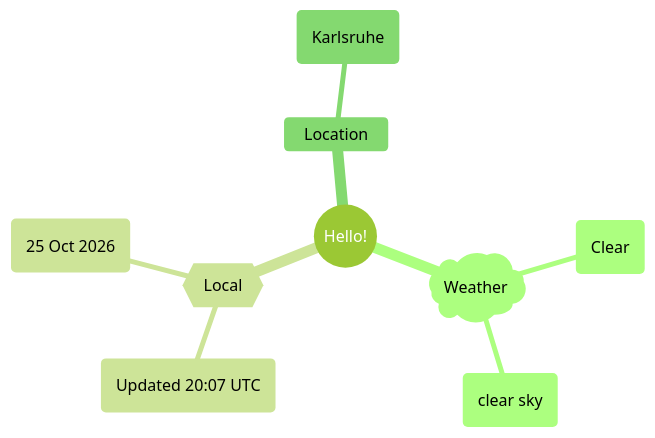
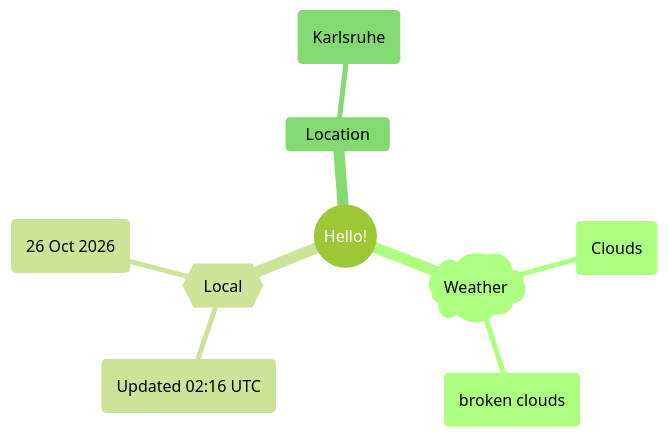
The first of 2 diagrams in README.md (Xosrov/Xosrov), drawn with Mermaid (forest theme) before and after one commit.

Commit message:
[bot] updated images

````diff
--- a/README.md
+++ b/README.md
@@ -3,12 +3,12 @@
 ```mermaid
 mindmap
   root((Hello!))
     )Weather(
-        (Clear)
-        (clear sky)
+        (Clouds)
+        (broken clouds)
     {{Local}}
-        (Updated 20:07 UTC)
-        (25 Oct 2026)
+        (Updated 02:16 UTC)
+        (26 Oct 2026)
     Location
         (Karlsruhe)
 ```
````
